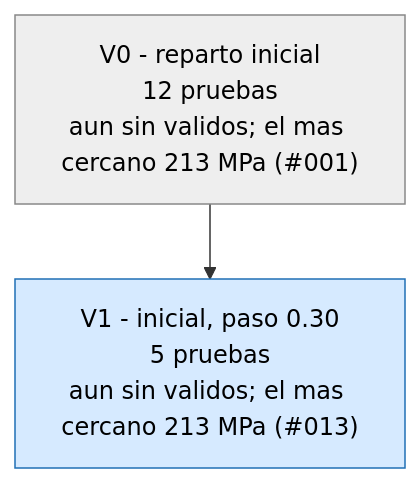
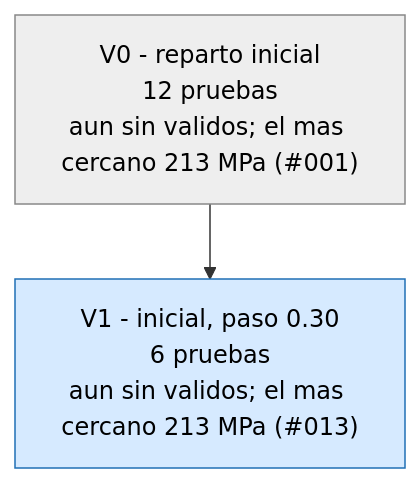
Before and after one commit to Hugiko/msd-soporte-optimizacion: the first of 3 diagrams in runs/opt_37800N/ARBOL.md, drawn with Mermaid. The commit also changed 14 other files, not shown here.

````diff
--- a/runs/opt_37800N/ARBOL.md
+++ b/runs/opt_37800N/ARBOL.md
@@ -9,9 +9,9 @@
 ```mermaid
 graph TD
 classDef activa fill:#d6eaff,stroke:#1f6fb5,color:#000
 classDef fin fill:#eeeeee,stroke:#888,color:#000
 classDef mejor fill:#c8f0c0,stroke:#1a9850,stroke-width:4px,color:#000
 V0["V0 - reparto inicial<br/>12 pruebas<br/>aun sin validos; el mas cercano 213 MPa (#001)"]:::fin
-V1["V1 - inicial, paso 0.30<br/>5 pruebas<br/>aun sin validos; el mas cercano 213 MPa (#013)"]:::activa
+V1["V1 - inicial, paso 0.30<br/>6 pruebas<br/>aun sin validos; el mas cercano 213 MPa (#013)"]:::activa
 V0 --> V1
 ```
````
